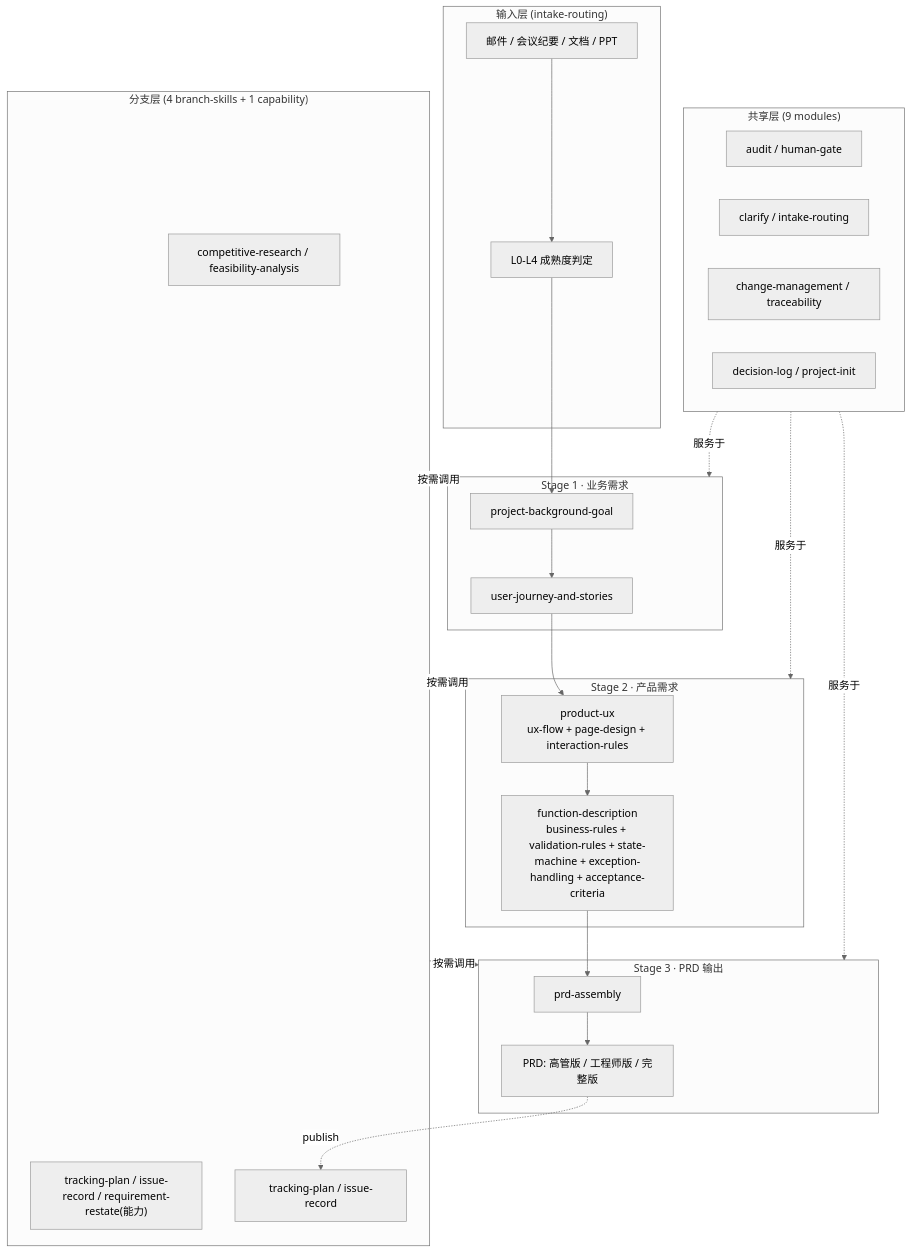
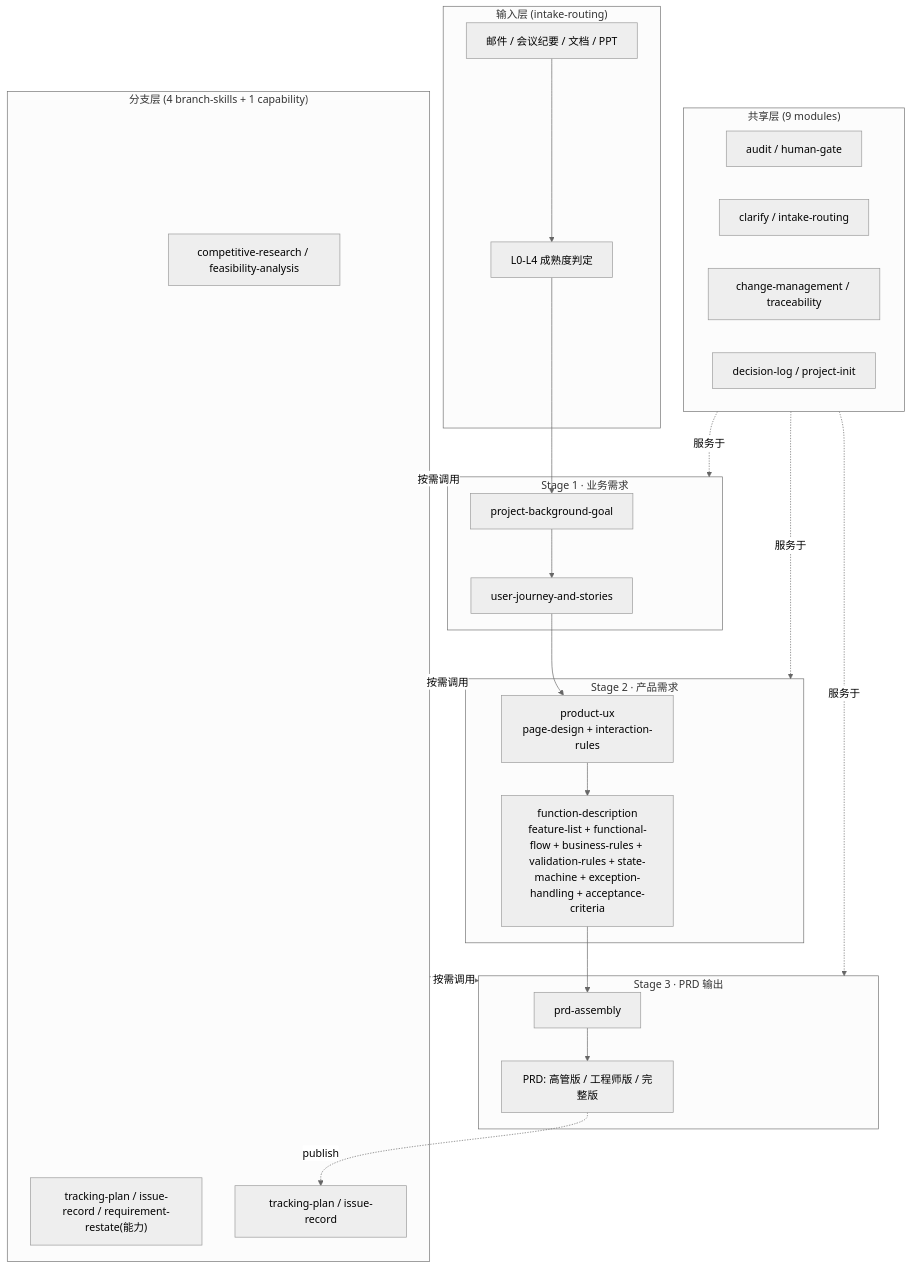
One commit to konwait12/pm-scaffold changed the diagram in docs/ARCHITECTURE.md. Above: the diagram before and after it, drawn with Mermaid (neutral theme). The commit also changed other lines of this file and 81 other files, not shown here.

````diff
--- a/docs/ARCHITECTURE.md
+++ b/docs/ARCHITECTURE.md
@@ -11,49 +11,49 @@
 ```mermaid
 flowchart TB
     subgraph I["输入层 (intake-routing)"]
         I1["邮件 / 会议纪要 / 文档 / PPT"]
         I2["L0-L4 成熟度判定"]
     end
 
     subgraph S1["Stage 1 · 业务需求"]
         A1["project-background-goal"]
         A2["user-journey-and-stories"]
     end
 
     subgraph S2["Stage 2 · 产品需求"]
-        B1["product-ux<br/>ux-flow + page-design + interaction-rules"]
-        B2["function-description<br/>business-rules + validation-rules + state-machine + exception-handling + acceptance-criteria"]
+        B1["product-ux<br/>page-design + interaction-rules"]
+        B2["function-description<br/>feature-list + functional-flow + business-rules + validation-rules + state-machine + exception-handling + acceptance-criteria"]
     end
 
     subgraph S3["Stage 3 · PRD 输出"]
         C1["prd-assembly"]
         C2["PRD: 高管版 / 工程师版 / 完整版"]
     end
 
     subgraph SH["共享层 (9 modules)"]
         SH1["audit / human-gate"]
         SH2["clarify / intake-routing"]
         SH3["change-management / traceability"]
         SH4["decision-log / project-init"]
     end
 
     subgraph SU["分支层 (4 branch-skills + 1 capability)"]
         SU1["competitive-research / feasibility-analysis"]
         SU2["tracking-plan / issue-record / requirement-restate(能力)"]
         SU3["tracking-plan / issue-record"]
     end
 
     I1 --> I2 --> A1
     A1 --> A2
     A2 --> B1
     B1 --> B2
     B2 --> C1
     C1 --> C2
     C2 -. publish .-> SU3
     SH -.服务于.-> S1
     SH -.服务于.-> S2
     SH -.服务于.-> S3
     SU -.按需调用.-> S1
     SU -.按需调用.-> S2
     SU -.按需调用.-> S3
 ```
````
